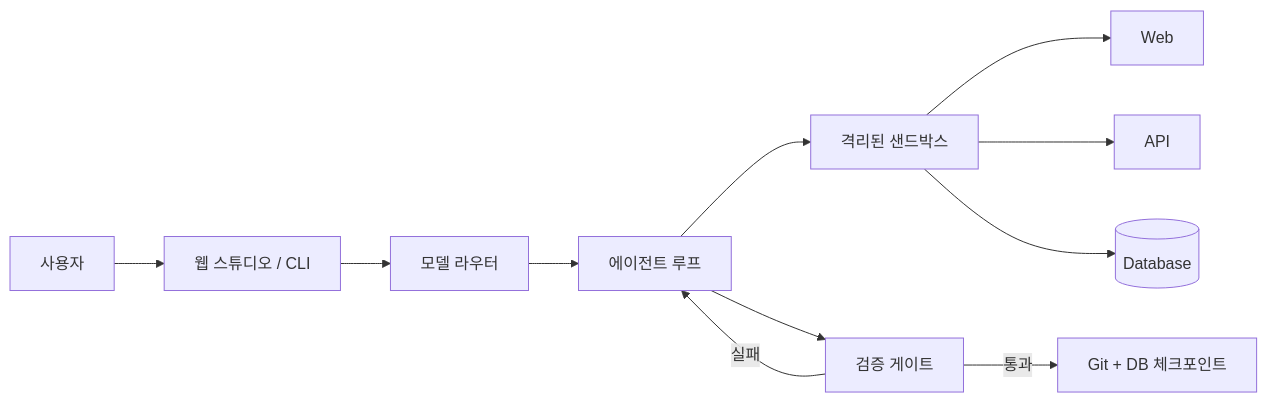
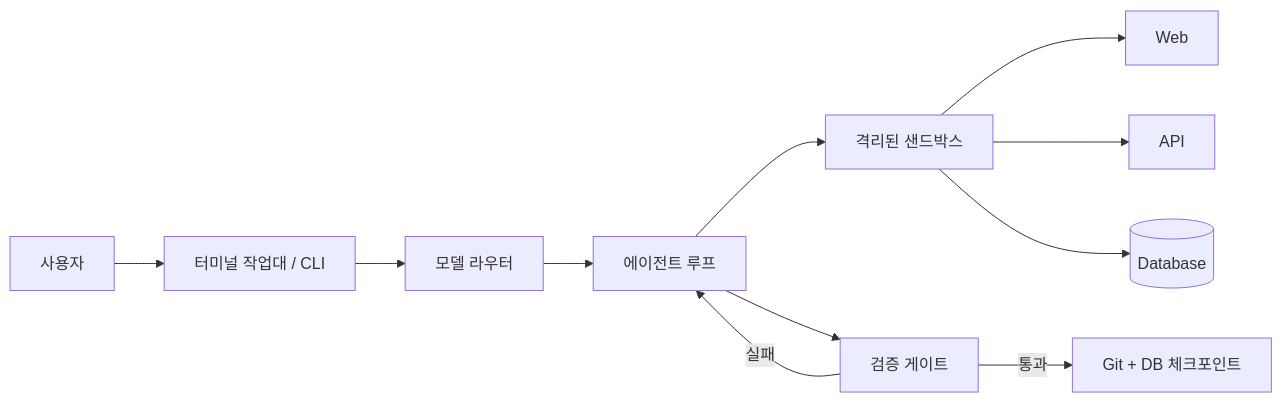
One commit to dj258255/b-studio changed the diagram in README.md. Above: the diagram before and after it, drawn with Mermaid. The commit also changed other lines of this file and 301 other files, not shown here.

````diff
--- a/README.md
+++ b/README.md
@@ -129,13 +125,13 @@
 ```mermaid
 flowchart LR
-  U[사용자] --> UI[웹 스튜디오 / CLI]
+  U[사용자] --> UI[터미널 작업대 / CLI]
   UI --> R[모델 라우터]
   R --> A[에이전트 루프]
   A --> S[격리된 샌드박스]
   S --> W[Web]
   S --> B[API]
   S --> D[(Database)]
   A --> G[검증 게이트]
   G -->|통과| C[Git + DB 체크포인트]
   G -->|실패| A
 ```
````
